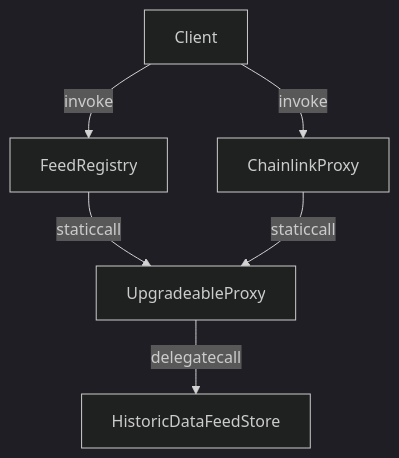
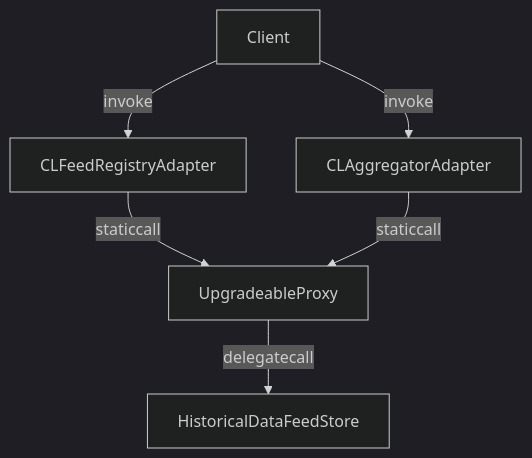
Before and after one commit to blocksense-network/blocksense-infra-test: the diagram in libs/ts/contracts/README.md, drawn with Mermaid (dark theme). The commit also changed other lines of this file and 98 other files, not shown here.

Commit message:
refactor(contracts): Rename historic to historical, ProxyCall to Blocksense and ChainlinkProxy & FeedRegistry to CL<name>Adapter

````diff
--- a/libs/ts/contracts/README.md
+++ b/libs/ts/contracts/README.md
@@ -50,8 +52,8 @@
 ```mermaid
 graph TD
     A[Client] -->|invoke| E
     A -->|invoke| B
-    B[FeedRegistry] -->|staticcall| C[UpgradeableProxy]
-    C -->|delegatecall| D[HistoricDataFeedStore]
-    E[ChainlinkProxy] -->|staticcall| C
+    B[CLFeedRegistryAdapter] -->|staticcall| C[UpgradeableProxy]
+    C -->|delegatecall| D[HistoricalDataFeedStore]
+    E[CLAggregatorAdapter] -->|staticcall| C
 ```
````
